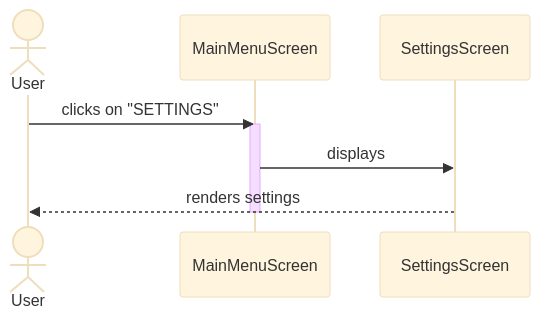
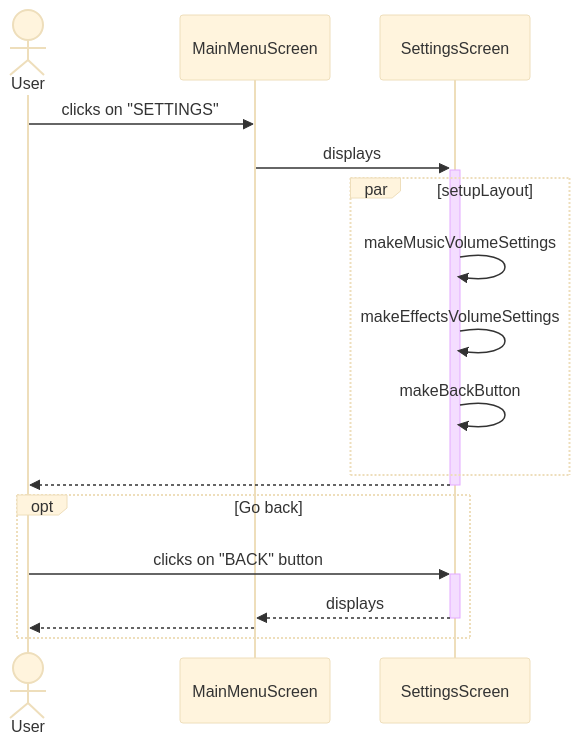
The third of 14 diagrams in docs/sequence_diagram/index.md (BIRSAx2/klotski), drawn with Mermaid (base theme) before and after one commit. The commit also changed other lines of this file, not shown here.

````diff
--- a/docs/sequence_diagram/index.md
+++ b/docs/sequence_diagram/index.md
@@ -111,13 +107,20 @@
 ```mermaid
 sequenceDiagram
     actor User
     participant MainMenuScreen
     participant SettingsScreen
 
-
     User ->> MainMenuScreen: clicks on "SETTINGS"
-    activate MainMenuScreen
-    MainMenuScreen ->> SettingsScreen: displays
-    SettingsScreen -->> User: renders settings
-    deactivate MainMenuScreen
+    MainMenuScreen ->>+ SettingsScreen: displays
+    par setupLayout
+        SettingsScreen ->> SettingsScreen: makeMusicVolumeSettings
+        SettingsScreen ->> SettingsScreen: makeEffectsVolumeSettings
+        SettingsScreen ->> SettingsScreen: makeBackButton
+    end
+    SettingsScreen -->>- User: 
+    opt Go back
+        User ->>+ SettingsScreen : clicks on "BACK" button
+        SettingsScreen -->>- MainMenuScreen : displays
+        MainMenuScreen -->> User : 
+    end
 ```
````
